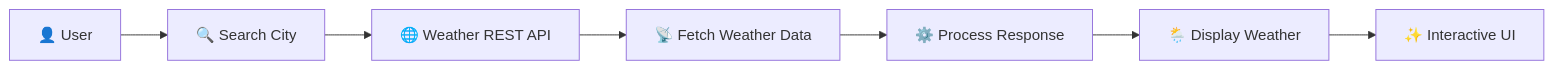
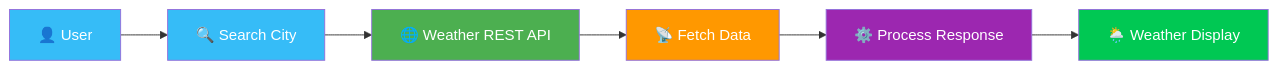
Before and after one commit to yashsingh-wq/Weather-Forecast-Application: the diagram in README.md, drawn with Mermaid. The commit also changed other lines of this file, not shown here.

````diff
--- a/README.md
+++ b/README.md
@@ -148,9 +287,15 @@
 ```mermaid
 flowchart LR
-    A[👤 User] --> B[🔍 Search City]
-    B --> C[🌐 Weather REST API]
-    C --> D[📡 Fetch Weather Data]
-    D --> E[⚙️ Process Response]
-    E --> F[🌦️ Display Weather]
-    F --> G[✨ Interactive UI]
+    A["👤 User"] --> B["🔍 Search City"]
+    B --> C["🌐 Weather REST API"]
+    C --> D["📡 Fetch Data"]
+    D --> E["⚙️ Process Response"]
+    E --> F["🌦️ Weather Display"]
+
+    style A fill:#36BCF7,color:#fff
+    style B fill:#36BCF7,color:#fff
+    style C fill:#4CAF50,color:#fff
+    style D fill:#FF9800,color:#fff
+    style E fill:#9C27B0,color:#fff
+    style F fill:#00C853,color:#fff
 ```
````
